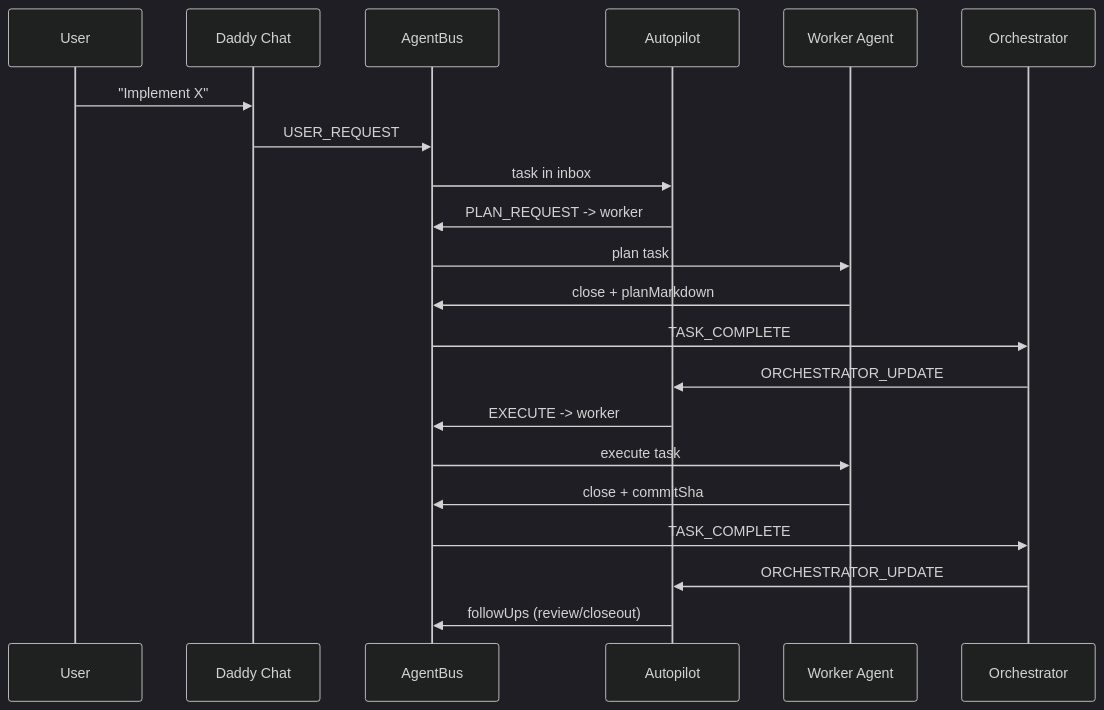
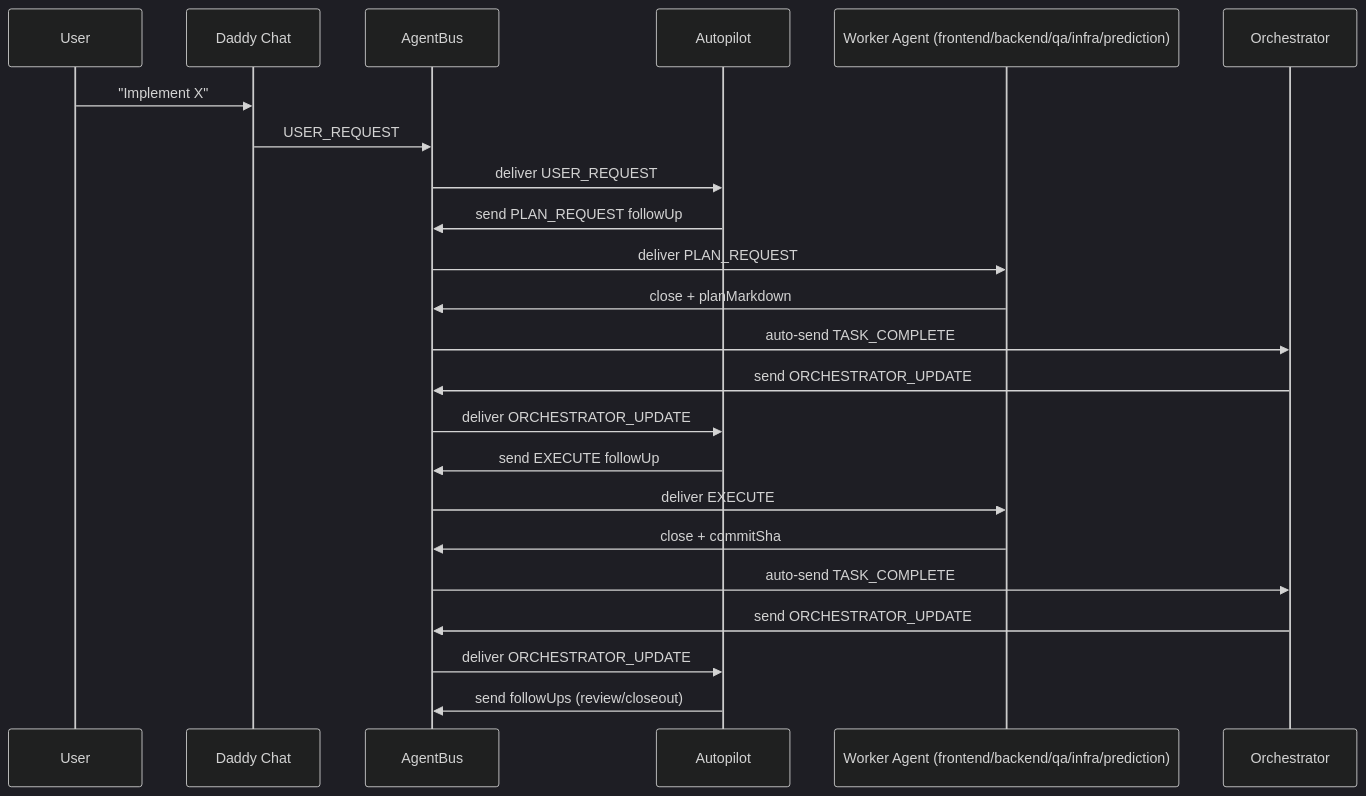
One commit to future3OOO/agentic-cockpit changed the second of 3 diagrams in docs/agentic/WORKFLOW_VISUALS.md. Above: the diagram before and after it, drawn with Mermaid (dark theme). The commit also changed other lines of this file and 1 other file, not shown here.

Commit message:
docs: correct workflow visuals for autopilot task routing

````diff
--- a/docs/agentic/WORKFLOW_VISUALS.md
+++ b/docs/agentic/WORKFLOW_VISUALS.md
@@ -21,24 +45,26 @@
 ```mermaid
 sequenceDiagram
   participant U as User
   participant C as Daddy Chat
   participant B as AgentBus
   participant A as Autopilot
-  participant W as Worker Agent
+  participant W as Worker Agent (frontend/backend/qa/infra/prediction)
   participant O as Orchestrator
 
   U->>C: "Implement X"
   C->>B: USER_REQUEST
-  B->>A: task in inbox
-  A->>B: PLAN_REQUEST -> worker
-  B->>W: plan task
+  B->>A: deliver USER_REQUEST
+  A->>B: send PLAN_REQUEST followUp
+  B->>W: deliver PLAN_REQUEST
   W->>B: close + planMarkdown
-  B->>O: TASK_COMPLETE
-  O->>A: ORCHESTRATOR_UPDATE
-  A->>B: EXECUTE -> worker
-  B->>W: execute task
+  B->>O: auto-send TASK_COMPLETE
+  O->>B: send ORCHESTRATOR_UPDATE
+  B->>A: deliver ORCHESTRATOR_UPDATE
+  A->>B: send EXECUTE followUp
+  B->>W: deliver EXECUTE
   W->>B: close + commitSha
-  B->>O: TASK_COMPLETE
-  O->>A: ORCHESTRATOR_UPDATE
-  A->>B: followUps (review/closeout)
+  B->>O: auto-send TASK_COMPLETE
+  O->>B: send ORCHESTRATOR_UPDATE
+  B->>A: deliver ORCHESTRATOR_UPDATE
+  A->>B: send followUps (review/closeout)
 ```
````
